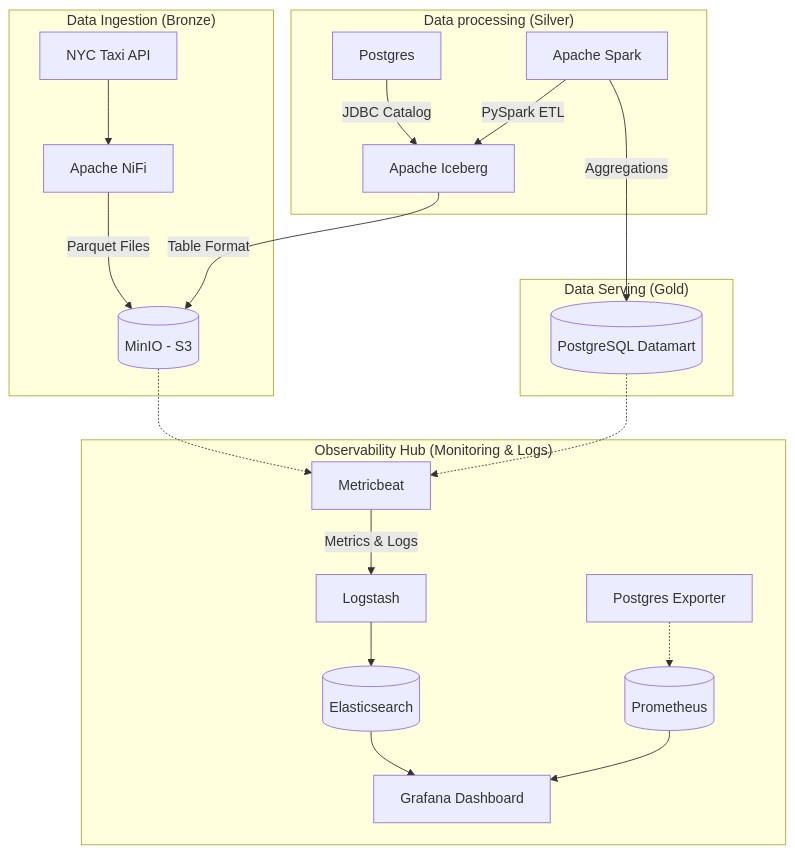
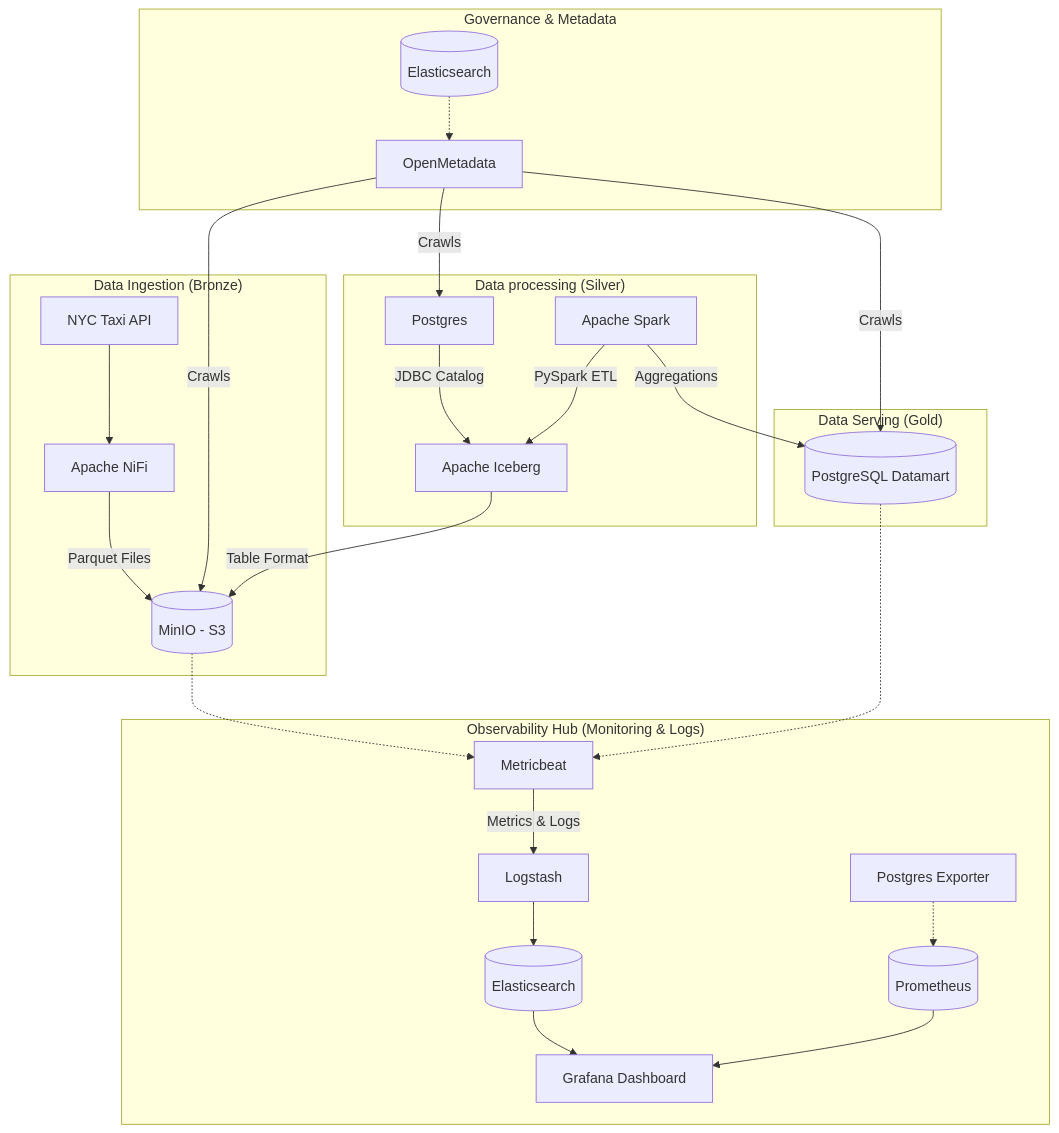
Before and after one commit to thibaut7/modern_lakehouse: the diagram in README.md, drawn with Mermaid. The commit also changed other lines of this file and 2 other files, not shown here.

Commit message:
feat: integrate OpenMetadata for data governance by adding its service to Docker Compose, initializing its database, and updating the README.

````diff
--- a/README.md
+++ b/README.md
@@ -9,27 +9,34 @@
 ```mermaid
 graph TD
     subgraph "Data Ingestion (Bronze)"
         A[NYC Taxi API] --> B[Apache NiFi]
         B -- Parquet Files --> C[(MinIO - S3)]
     end
     
     subgraph "Data processing (Silver)"
         D[Apache Iceberg] -- Table Format --> C
         E[Postgres] -- JDBC Catalog --> D
         F[Apache Spark] -- PySpark ETL --> D
     end
     
     subgraph "Data Serving (Gold)"
         F -- Aggregations --> G[(PostgreSQL Datamart)]
     end
 
+    subgraph "Governance & Metadata"
+        O[OpenMetadata] -- Crawls --> C
+        O -- Crawls --> E
+        O -- Crawls --> G
+        S[(Elasticsearch)] -.-> O
+    end
+
     subgraph "Observability Hub (Monitoring & Logs)"
         H[Metricbeat] -- Metrics & Logs --> I[Logstash]
         I --> J[(Elasticsearch)]
         K[Postgres Exporter] -.-> L[(Prometheus)]
         J --> M[Grafana Dashboard]
         L --> M
         C -.-> H
         G -.-> H
     end
 ```
````
